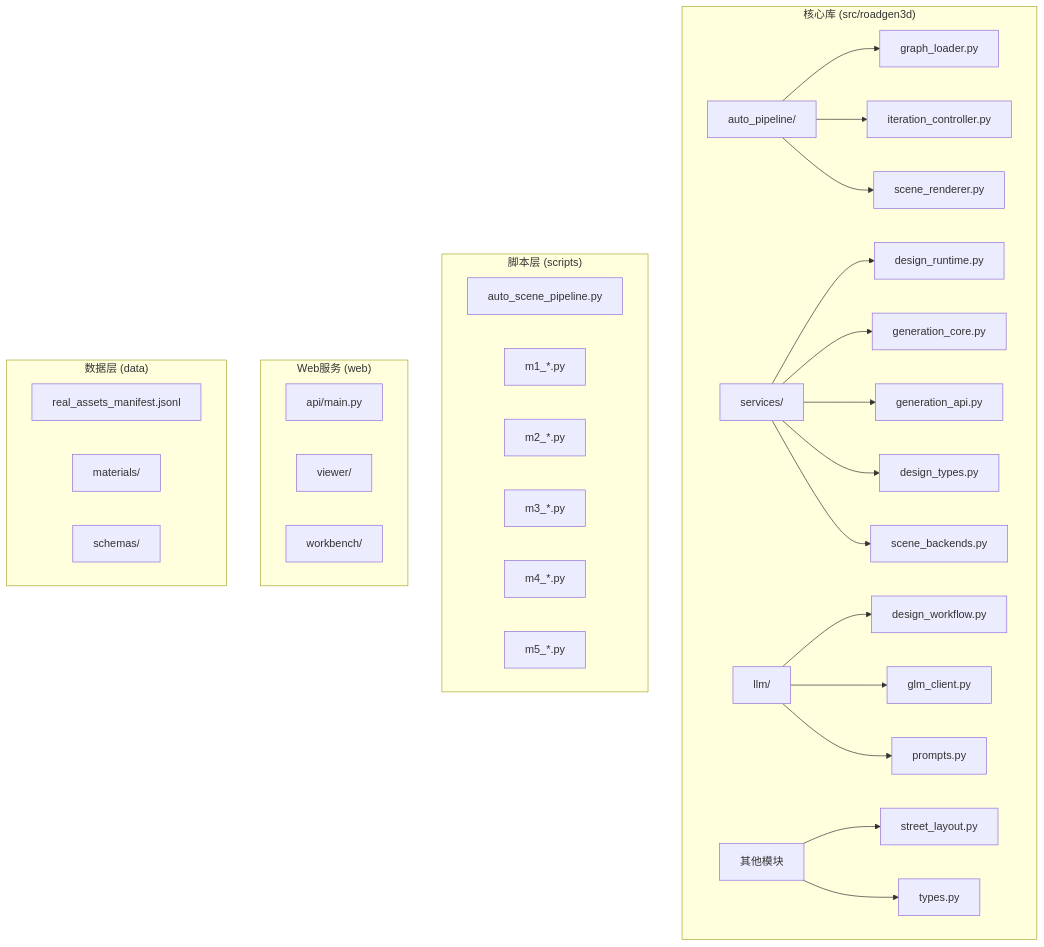
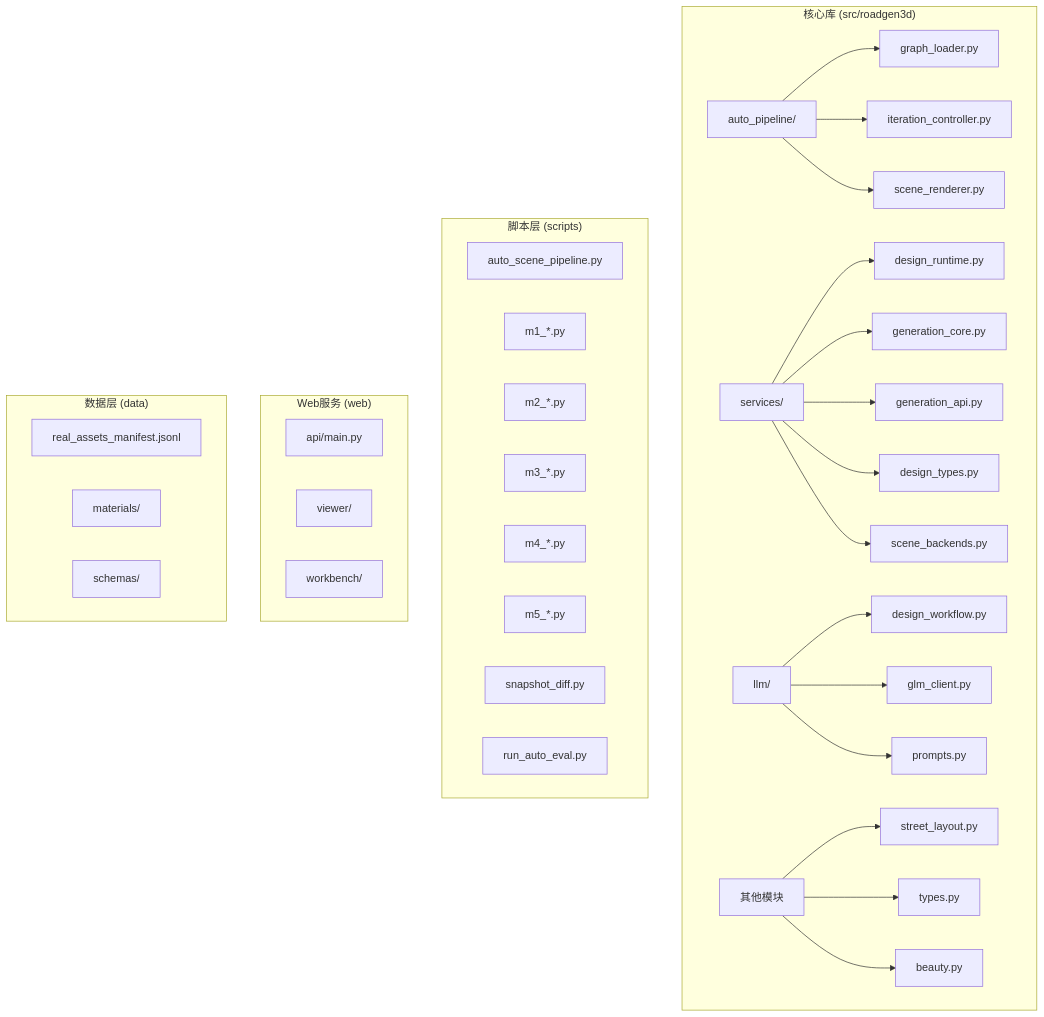
The first of 11 diagrams in .qoder/repowiki/zh/content/里程碑管道/自动场景生成流水线/自动场景生成流水线.md (wsqstar/RoadGen3D), drawn with Mermaid before and after one commit. The commit also changed other lines of this file and 12 other files, not shown here.

````diff
--- a/.qoder/repowiki/zh/content/里程碑管道/自动场景生成流水线/自动场景生成流水线.md
+++ b/.qoder/repowiki/zh/content/里程碑管道/自动场景生成流水线/自动场景生成流水线.md
@@ -45,36 +57,39 @@
 ```mermaid
 graph TB
 subgraph "核心库 (src/roadgen3d)"
 A[auto_pipeline/] --> A1[graph_loader.py]
 A --> A2[iteration_controller.py]
 A --> A3[scene_renderer.py]
 B[services/] --> B1[design_runtime.py]
 B --> B2[generation_core.py]
 B --> B3[generation_api.py]
 B --> B4[design_types.py]
 B --> B5[scene_backends.py]
 C[llm/] --> C1[design_workflow.py]
 C --> C2[glm_client.py]
 C --> C3[prompts.py]
 D[其他模块] --> D1[street_layout.py]
 D --> D2[types.py]
+D --> D3[beauty.py]
 end
 subgraph "脚本层 (scripts)"
 E[auto_scene_pipeline.py]
 E1[m1_*.py]
 E2[m2_*.py]
 E3[m3_*.py]
 E4[m4_*.py]
 E5[m5_*.py]
+E6[snapshot_diff.py]
+E7[run_auto_eval.py]
 end
 subgraph "Web服务 (web)"
 F[api/main.py]
 G[viewer/]
 H[workbench/]
 end
 subgraph "数据层 (data)"
 I[real_assets_manifest.jsonl]
 J[materials/]
 K[schemas/]
 end
 ```
````
